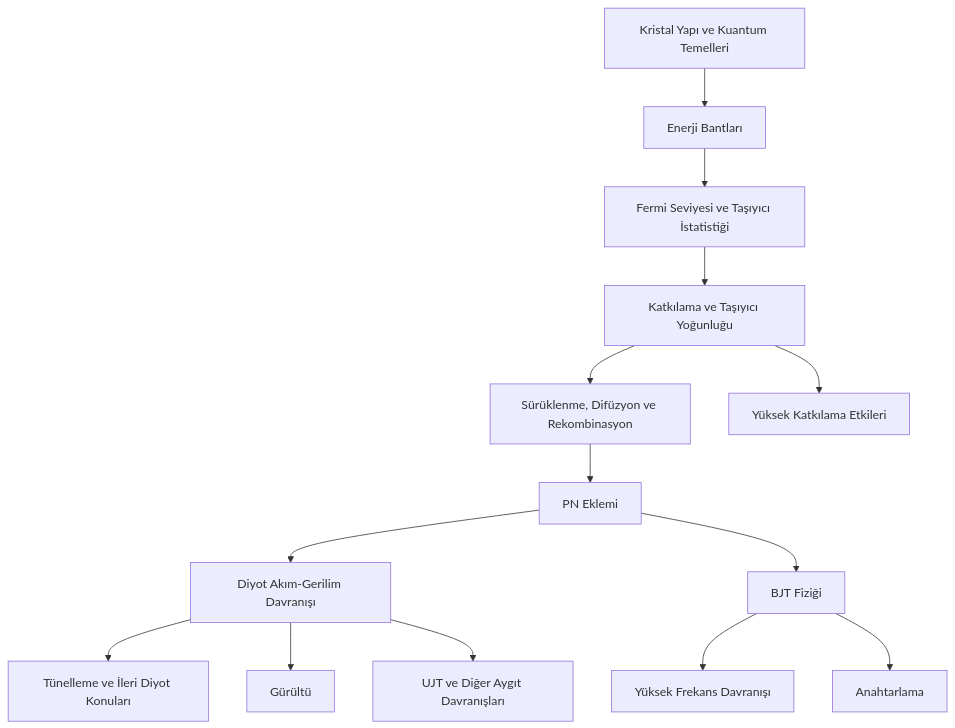
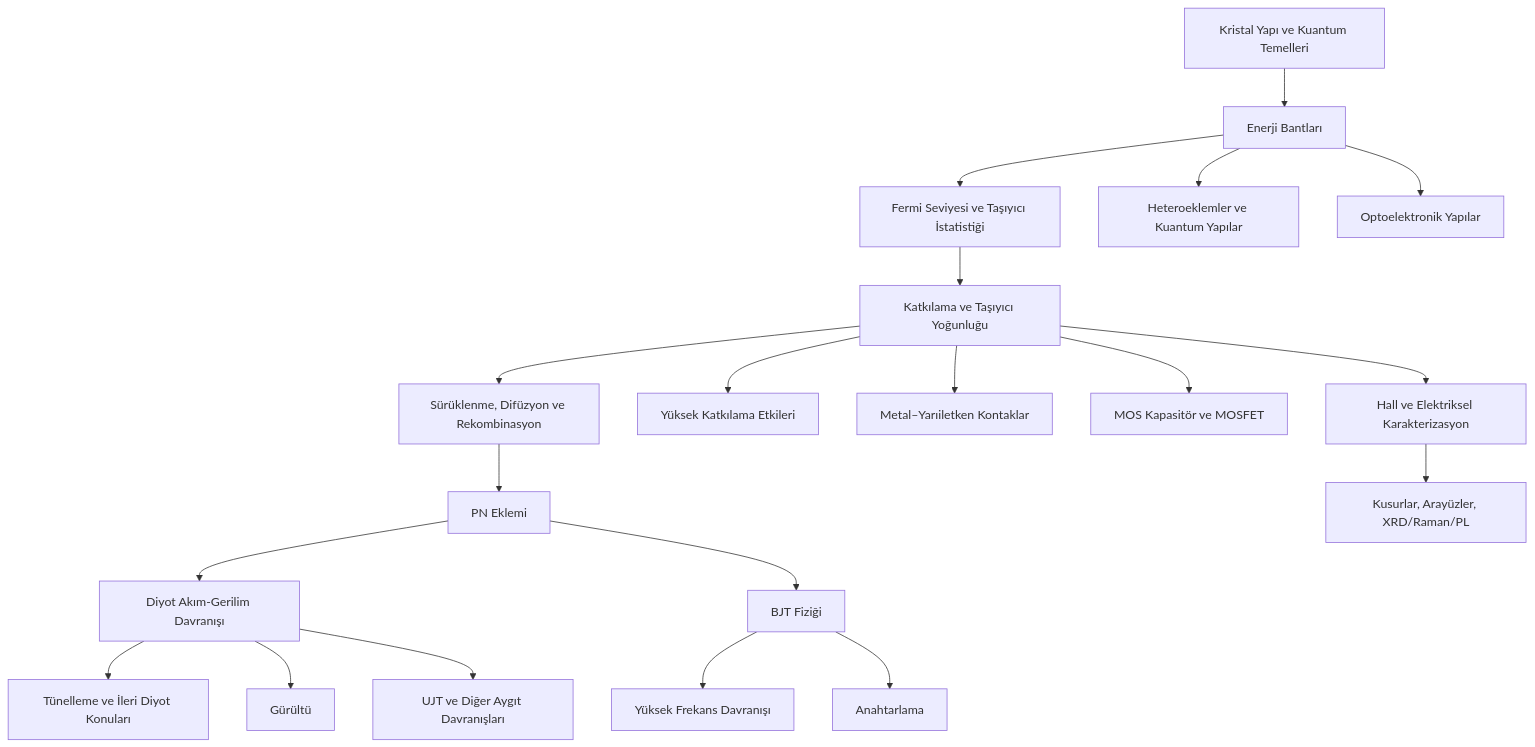
One commit to aliorhun/yariiletkenfizigi changed the diagram in README.md. Above: the diagram before and after it, drawn with Mermaid. The commit also changed other lines of this file, not shown here.

````diff
--- a/README.md
+++ b/README.md
@@ -20,16 +20,22 @@
 ```mermaid
 flowchart TD
     A["Kristal Yapı ve Kuantum Temelleri"] --> B["Enerji Bantları"]
     B --> C["Fermi Seviyesi ve Taşıyıcı İstatistiği"]
     C --> D["Katkılama ve Taşıyıcı Yoğunluğu"]
     D --> E["Sürüklenme, Difüzyon ve Rekombinasyon"]
     E --> F["PN Eklemi"]
     F --> G["Diyot Akım-Gerilim Davranışı"]
     G --> H["Tünelleme ve İleri Diyot Konuları"]
     D --> I["Yüksek Katkılama Etkileri"]
     G --> J["Gürültü"]
     F --> K["BJT Fiziği"]
     K --> L["Yüksek Frekans Davranışı"]
     K --> M["Anahtarlama"]
     G --> N["UJT ve Diğer Aygıt Davranışları"]
+    D --> O["Metal–Yarıiletken Kontaklar"]
+    D --> P["MOS Kapasitör ve MOSFET"]
+    B --> Q["Heteroeklemler ve Kuantum Yapılar"]
+    B --> R["Optoelektronik Yapılar"]
+    D --> S["Hall ve Elektriksel Karakterizasyon"]
+    S --> T["Kusurlar, Arayüzler, XRD/Raman/PL"]
 ```
````
